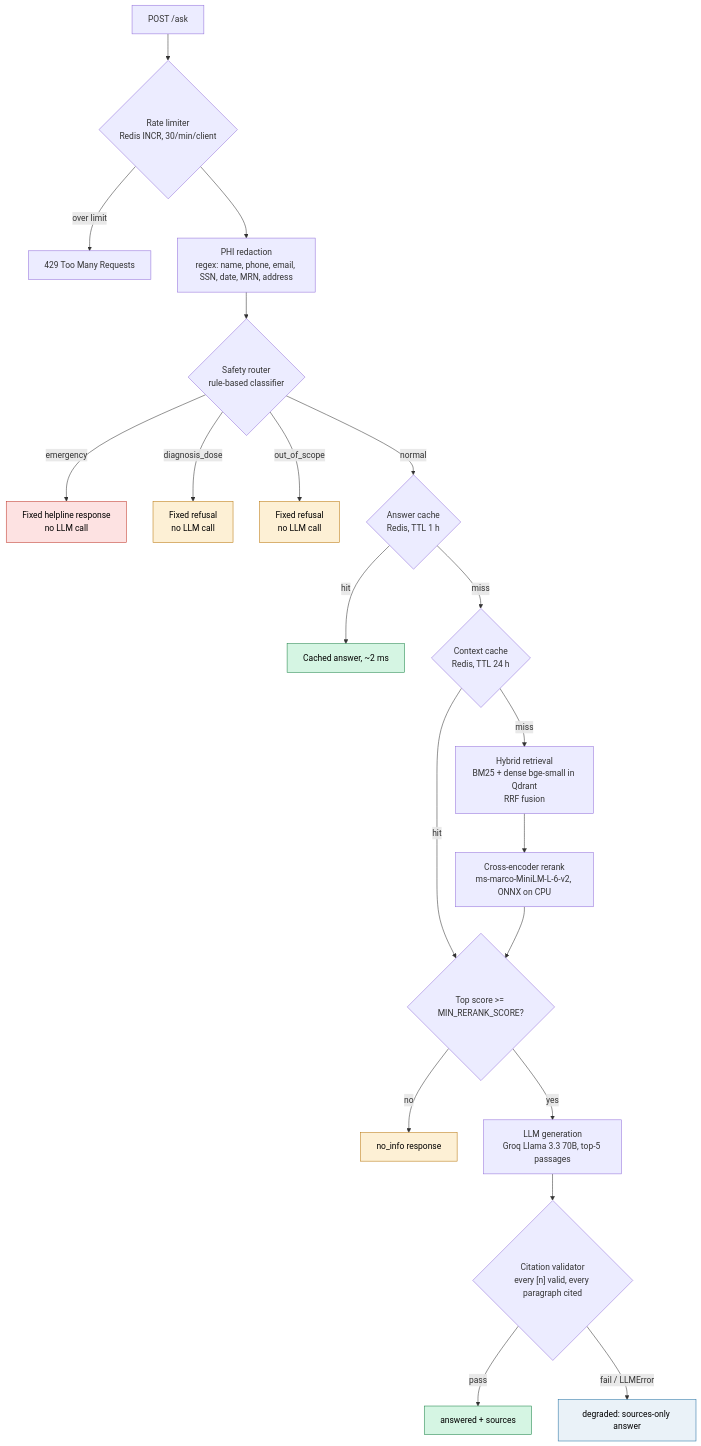
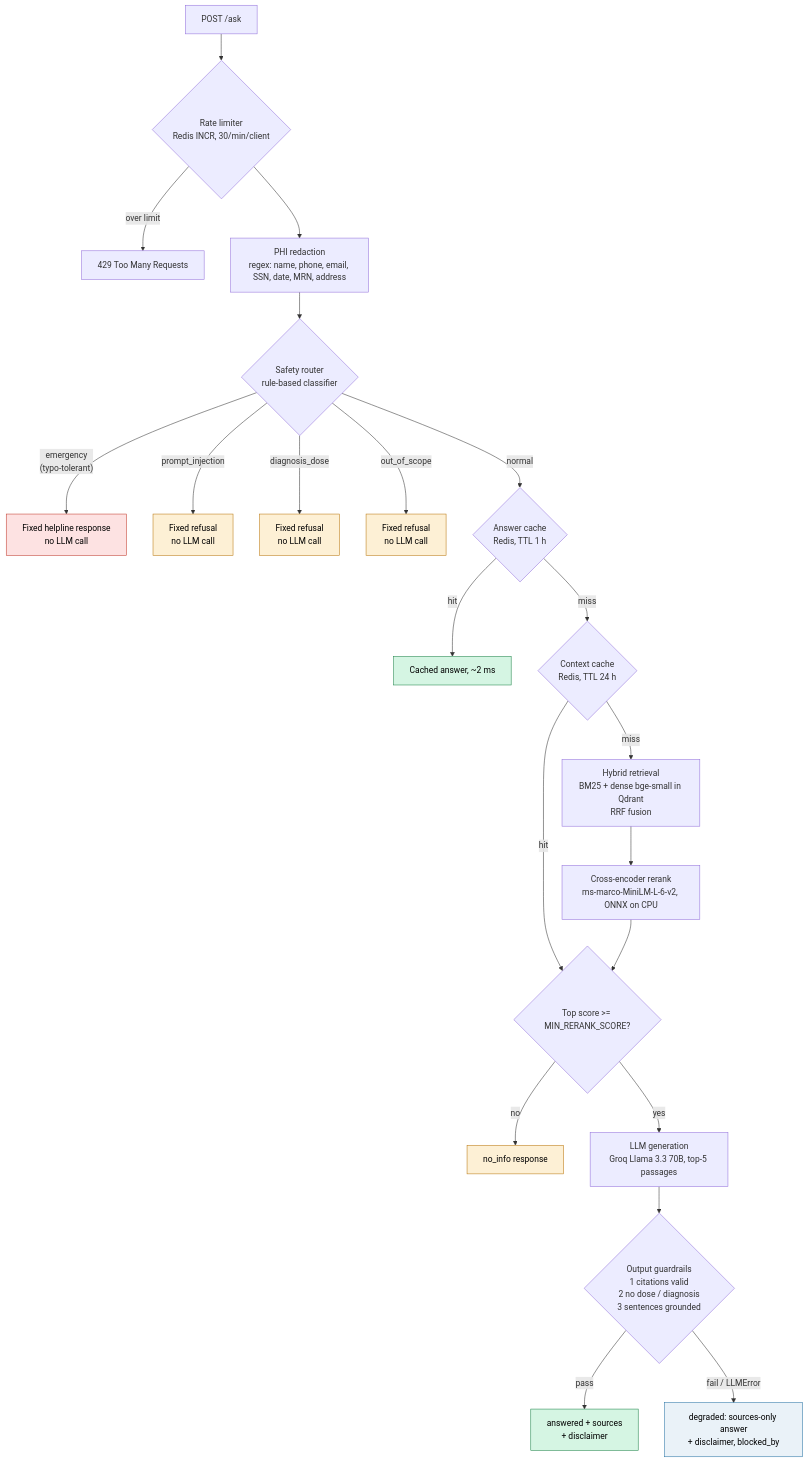
The first of 14 diagrams in README.md (pavanaditya123/healthcare-rag-assistant), drawn with Mermaid before and after one commit. The commit also changed other lines of this file, not shown here.

Commit message:
README: input and output guardrails, extended safety set results

````diff
--- a/README.md
+++ b/README.md
@@ -62,30 +63,32 @@
 ```mermaid
 flowchart TD
     Q["POST /ask"] --> RL{"Rate limiter<br/>Redis INCR, 30/min/client"}
     RL -- "over limit" --> R429["429 Too Many Requests"]
     RL --> PHI["PHI redaction<br/>regex: name, phone, email, SSN, date, MRN, address"]
     PHI --> SR{"Safety router<br/>rule-based classifier"}
-    SR -- "emergency" --> EM["Fixed helpline response<br/>no LLM call"]
+    SR -- "emergency<br/>(typo-tolerant)" --> EM["Fixed helpline response<br/>no LLM call"]
+    SR -- "prompt_injection" --> PI["Fixed refusal<br/>no LLM call"]
     SR -- "diagnosis_dose" --> DD["Fixed refusal<br/>no LLM call"]
     SR -- "out_of_scope" --> OS["Fixed refusal<br/>no LLM call"]
     SR -- "normal" --> AC{"Answer cache<br/>Redis, TTL 1 h"}
     AC -- "hit" --> HIT["Cached answer, ~2 ms"]
     AC -- "miss" --> CC{"Context cache<br/>Redis, TTL 24 h"}
     CC -- "hit" --> TH
     CC -- "miss" --> HR["Hybrid retrieval<br/>BM25 + dense bge-small in Qdrant<br/>RRF fusion"]
     HR --> CE["Cross-encoder rerank<br/>ms-marco-MiniLM-L-6-v2, ONNX on CPU"]
     CE --> TH{"Top score >= MIN_RERANK_SCORE?"}
     TH -- "no" --> NI["no_info response"]
     TH -- "yes" --> LLM["LLM generation<br/>Groq Llama 3.3 70B, top-5 passages"]
-    LLM --> CV{"Citation validator<br/>every [n] valid, every paragraph cited"}
-    CV -- "pass" --> OK["answered + sources"]
-    CV -- "fail / LLMError" --> DG["degraded: sources-only answer"]
+    LLM --> OG{"Output guardrails<br/>1 citations valid<br/>2 no dose / diagnosis<br/>3 sentences grounded"}
+    OG -- "pass" --> OK["answered + sources<br/>+ disclaimer"]
+    OG -- "fail / LLMError" --> DG["degraded: sources-only answer<br/>+ disclaimer, blocked_by"]
 
     style EM fill:#fde2e2,stroke:#c0392b,color:#000
     style DD fill:#fdf0d5,stroke:#b9770e,color:#000
+    style PI fill:#fdf0d5,stroke:#b9770e,color:#000
     style OS fill:#fdf0d5,stroke:#b9770e,color:#000
     style NI fill:#fdf0d5,stroke:#b9770e,color:#000
     style OK fill:#d5f5e3,stroke:#1e8449,color:#000
     style HIT fill:#d5f5e3,stroke:#1e8449,color:#000
     style DG fill:#eaf2f8,stroke:#2471a3,color:#000
 ```
````
